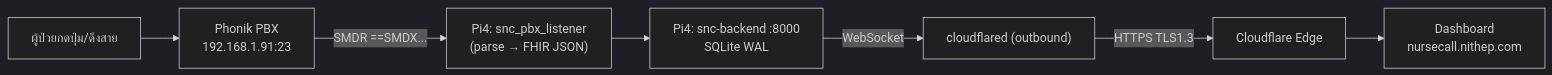
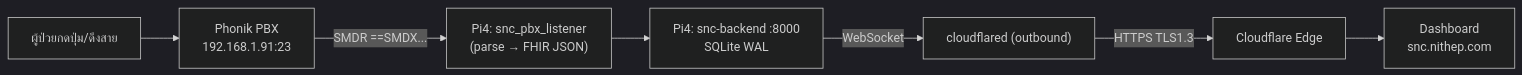
The second of 4 diagrams in doc/ARCHITECTURE_FLOW.md (nithep/snc), drawn with Mermaid (dark theme) before and after one commit. The commit also changed other lines of this file and 21 other files, not shown here.

Commit message:
refactor(ingress): เปลี่ยนโดเมนสาธารณะ nursecall.nithep.com เป็น snc.nithep.com ทุกจุด (docs/ops/api/packaging)

````diff
--- a/doc/ARCHITECTURE_FLOW.md
+++ b/doc/ARCHITECTURE_FLOW.md
@@ -70,9 +70,9 @@
 ```mermaid
 flowchart LR
     P["ผู้ป่วยกดปุ่ม/ดึงสาย"] --> PBX["Phonik PBX<br/>192.168.1.91:23"]
     PBX -->|"SMDR ==SMDX..."| LIS["Pi4: snc_pbx_listener<br/>(parse → FHIR JSON)"]
     LIS --> BE["Pi4: snc-backend :8000<br/>SQLite WAL"]
     BE -->|WebSocket| CF["cloudflared (outbound)"]
     CF -->|HTTPS TLS1.3| CFE["Cloudflare Edge"]
-    CFE --> DASH["Dashboard<br/>nursecall.nithep.com"]
+    CFE --> DASH["Dashboard<br/>snc.nithep.com"]
 ```
````
